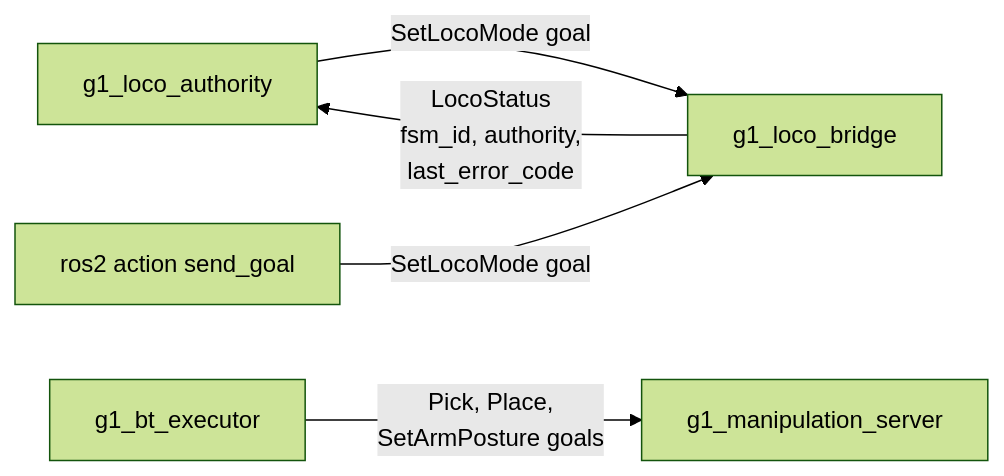
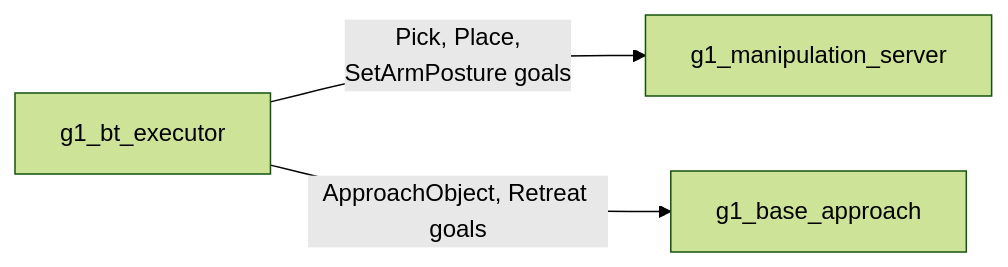
One commit to Adyansh04/grove-g1 changed the diagram in workspace/src/g1_msgs/README.md. Above: the diagram before and after it, drawn with Mermaid (forest theme). The commit also changed other lines of this file and 10 other files, not shown here.

````diff
--- a/workspace/src/g1_msgs/README.md
+++ b/workspace/src/g1_msgs/README.md
@@ -9,7 +8,5 @@
 ```mermaid
 flowchart LR
-    AU["g1_loco_authority"] -- "SetLocoMode goal" --> BR["g1_loco_bridge"]
-    CLI["ros2 action send_goal"] -- "SetLocoMode goal" --> BR
-    BR -- "LocoStatus<br/>fsm_id, authority,<br/>last_error_code" --> AU
     BT["g1_bt_executor"] -- "Pick, Place,<br/>SetArmPosture goals" --> MS["g1_manipulation_server"]
+    BT -- "ApproachObject, Retreat goals" --> BA["g1_base_approach"]
 ```
````
